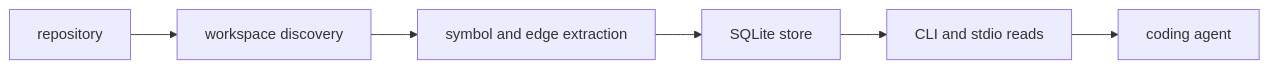
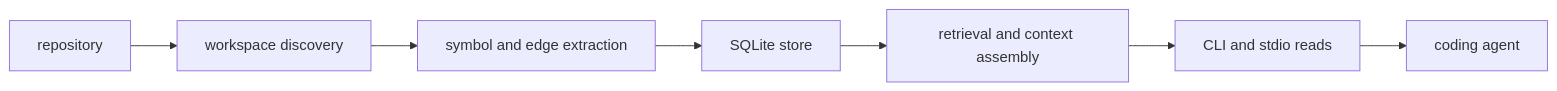
One commit to TheGreenCedar/CodeStory changed the diagram in README.md. Above: the diagram before and after it, drawn with Mermaid. The commit also changed other lines of this file and 17 other files, not shown here.

````diff
--- a/README.md
+++ b/README.md
@@ -168,8 +103,9 @@
 ```mermaid
 flowchart LR
     Repo["repository"] --> Workspace["workspace discovery"]
     Workspace --> Indexer["symbol and edge extraction"]
     Indexer --> Store["SQLite store"]
-    Store --> CLI["CLI and stdio reads"]
+    Store --> Runtime["retrieval and context assembly"]
+    Runtime --> CLI["CLI and stdio reads"]
     CLI --> Agent["coding agent"]
 ```
````
